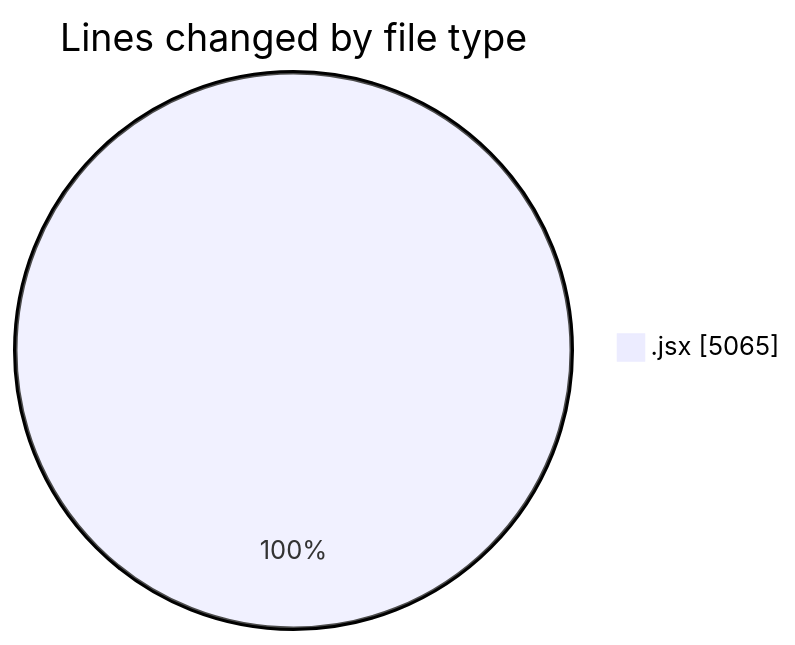
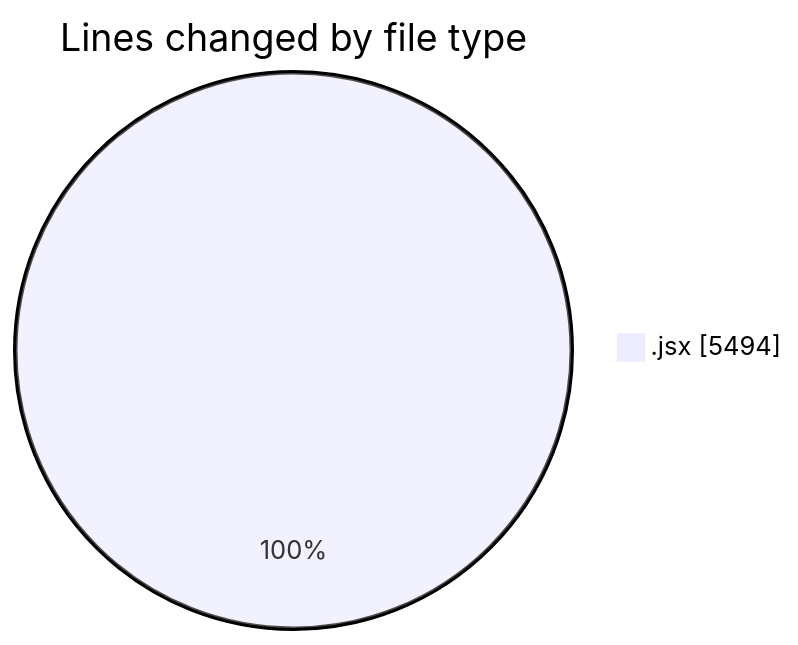
Before and after one commit to nxtqubesakshisongat/code-tracking: the first of 2 diagrams in 2025-05-13/argos-dev/README.md, drawn with Mermaid. The commit also changed other lines of this file and 1 other file, not shown here.

````diff
--- a/2025-05-13/argos-dev/README.md
+++ b/2025-05-13/argos-dev/README.md
@@ -26,5 +26,5 @@
 ```mermaid
 pie showData
 title Lines changed by file type
-".jsx" : 5065
+".jsx" : 5494
 ```
````
